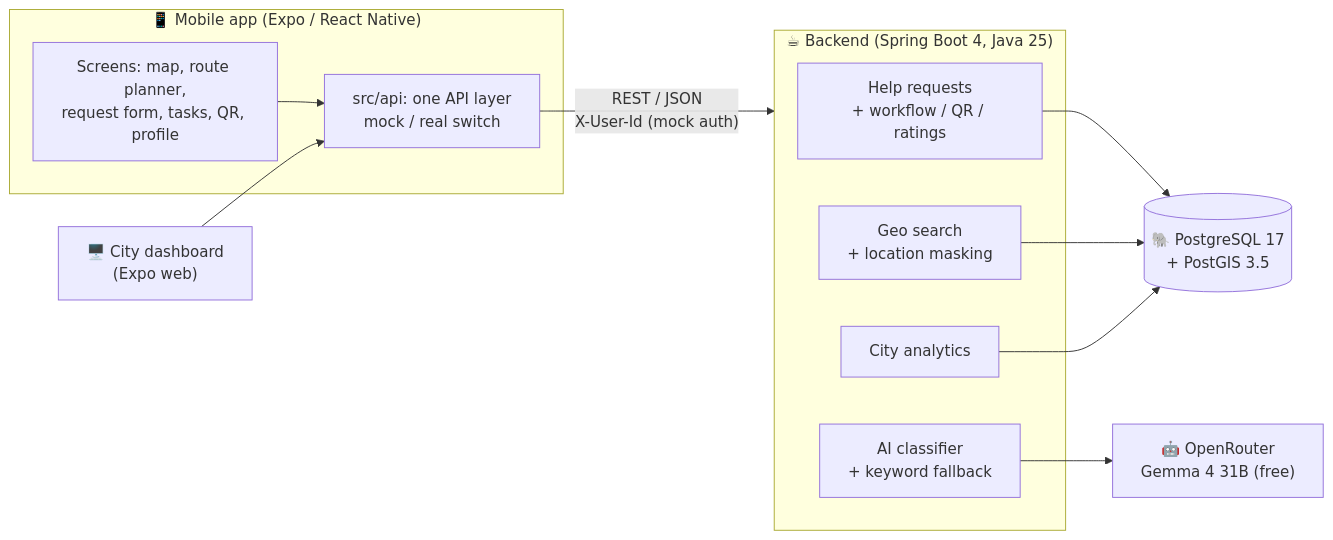
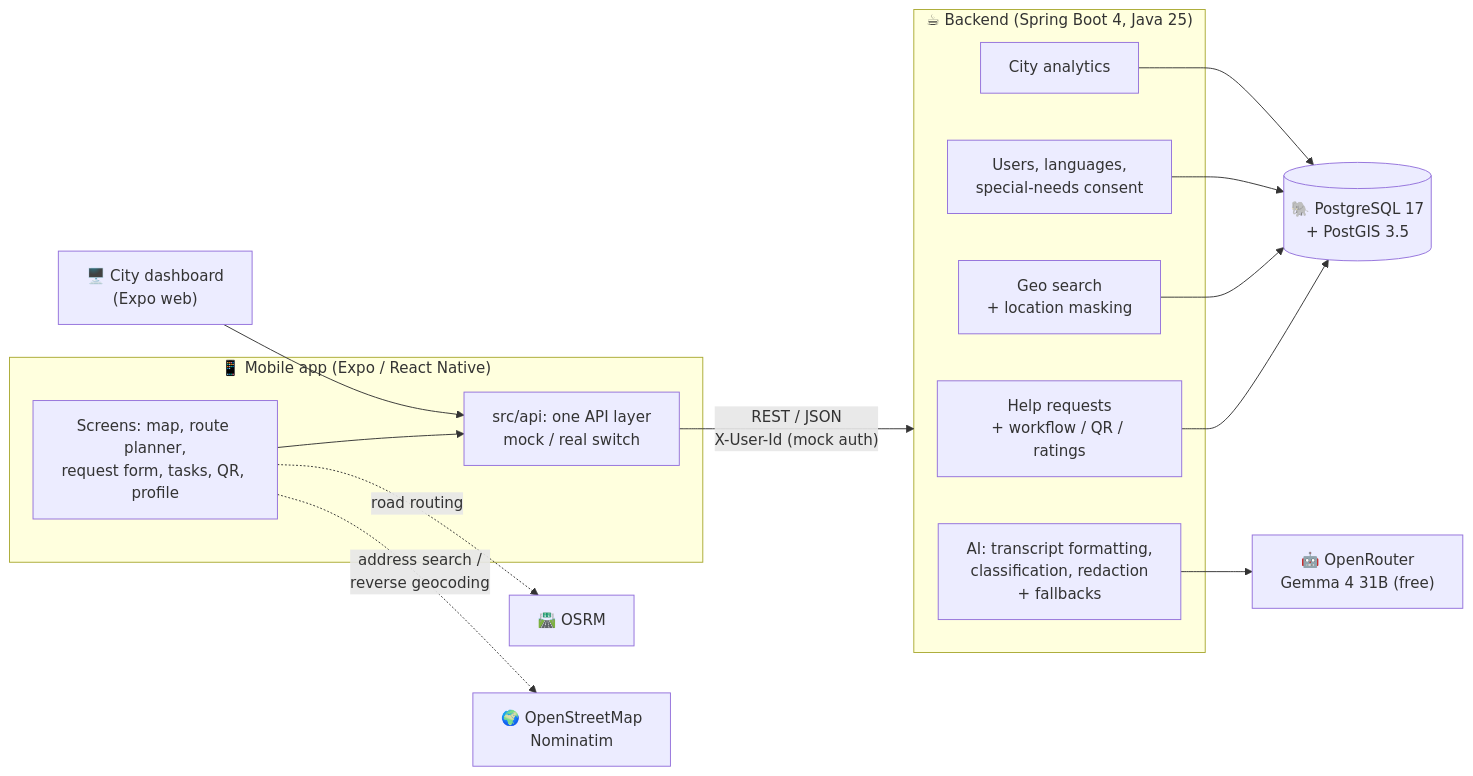
The diagram in README.md (Szymek887/hackyeah-2026), drawn with Mermaid before and after one commit. The commit also changed other lines of this file, not shown here.

````diff
--- a/README.md
+++ b/README.md
@@ -45,23 +54,28 @@
 ```mermaid
 flowchart LR
     subgraph Mobile["📱 Mobile app (Expo / React Native)"]
         UI[Screens: map, route planner,<br/>request form, tasks, QR, profile]
         API[src/api: one API layer<br/>mock / real switch]
         UI --> API
     end
     Web["🖥️ City dashboard<br/>(Expo web)"] --> API
 
     API -- "REST / JSON<br/>X-User-Id (mock auth)" --> BE
 
     subgraph BE["☕ Backend (Spring Boot 4, Java 25)"]
         HR[Help requests<br/>+ workflow / QR / ratings]
         GEO[Geo search<br/>+ location masking]
-        AI[AI classifier<br/>+ keyword fallback]
+        AI[AI: transcript formatting,<br/>classification, redaction<br/>+ fallbacks]
+        US[Users, languages,<br/>special-needs consent]
         AN[City analytics]
     end
 
     HR --> DB[("🐘 PostgreSQL 17<br/>+ PostGIS 3.5")]
     GEO --> DB
+    US --> DB
     AN --> DB
     AI --> LLM["🤖 OpenRouter<br/>Gemma 4 31B (free)"]
+
+    UI -. "road routing" .-> OSRM["🛣️ OSRM"]
+    UI -. "address search /<br/>reverse geocoding" .-> OSM["🌍 OpenStreetMap<br/>Nominatim"]
 ```
````
